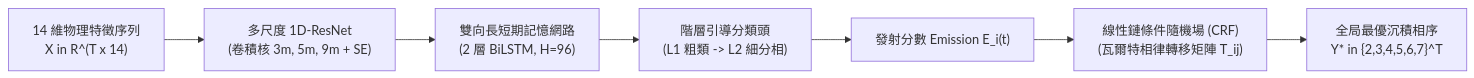
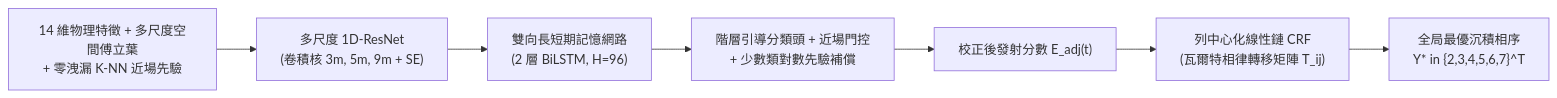
Before and after one commit to LittleCatAlex/TAGES-Evo: the second of 2 diagrams in docs/國際科展作品說明書_最新進度版_EAEV.md, drawn with Mermaid. The commit also changed other lines of this file and 37 other files, not shown here.

Commit message:
feat(model,seismic,docs): refactor cross-scale sequence features, CRF logit adjustment, distillation stats, 3D voxel closed-loop SSR, and update EAEV manuscript

````diff
--- a/docs/國際科展作品說明書_最新進度版_EAEV.md
+++ b/docs/國際科展作品說明書_最新進度版_EAEV.md
@@ -171,9 +172,9 @@
 ```mermaid
 flowchart LR
-    X["14 維物理特徵序列<br/>X in R^(T x 14)"] --> R["多尺度 1D-ResNet<br/>(卷積核 3m, 5m, 9m + SE)"]
+    X["14 維物理特徵 + 多尺度空間傅立葉<br/>+ 零洩漏 K-NN 近場先驗"] --> R["多尺度 1D-ResNet<br/>(卷積核 3m, 5m, 9m + SE)"]
     R --> B["雙向長短期記憶網路<br/>(2 層 BiLSTM, H=96)"]
-    B --> H["階層引導分類頭<br/>(L1 粗類 -> L2 細分相)"]
-    H --> E["發射分數 Emission E_i(t)"]
-    E --> C["線性鏈條件隨機場 (CRF)<br/>(瓦爾特相律轉移矩陣 T_ij)"]
+    B --> H["階層引導分類頭 + 近場門控<br/>+ 少數類對數先驗補償"]
+    H --> E["校正後發射分數 E_adj(t)"]
+    E --> C["列中心化線性鏈 CRF<br/>(瓦爾特相律轉移矩陣 T_ij)"]
     C --> Y["全局最優沉積相序<br/>Y* in {2,3,4,5,6,7}^T"]
 ```
````
